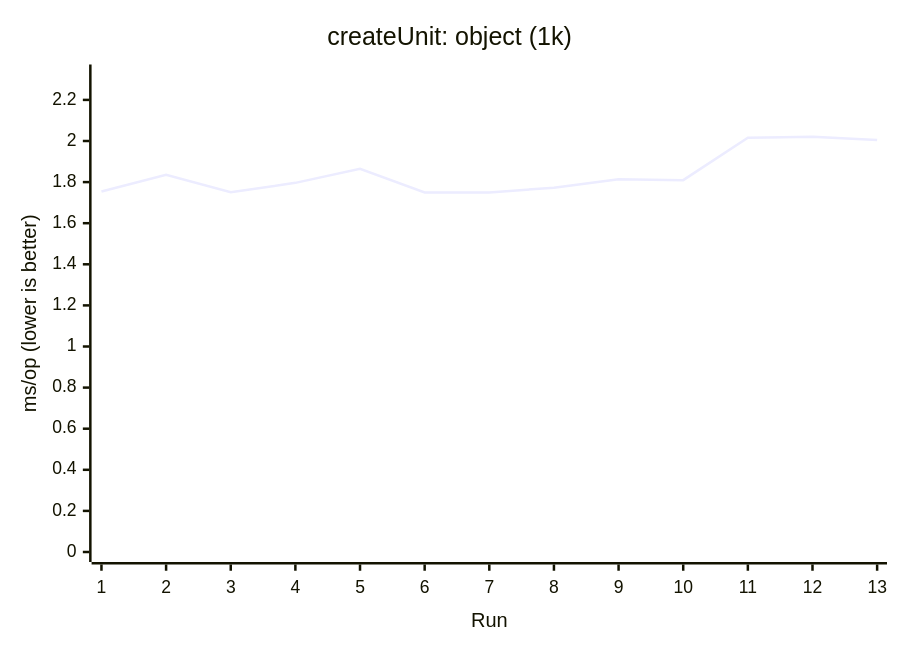
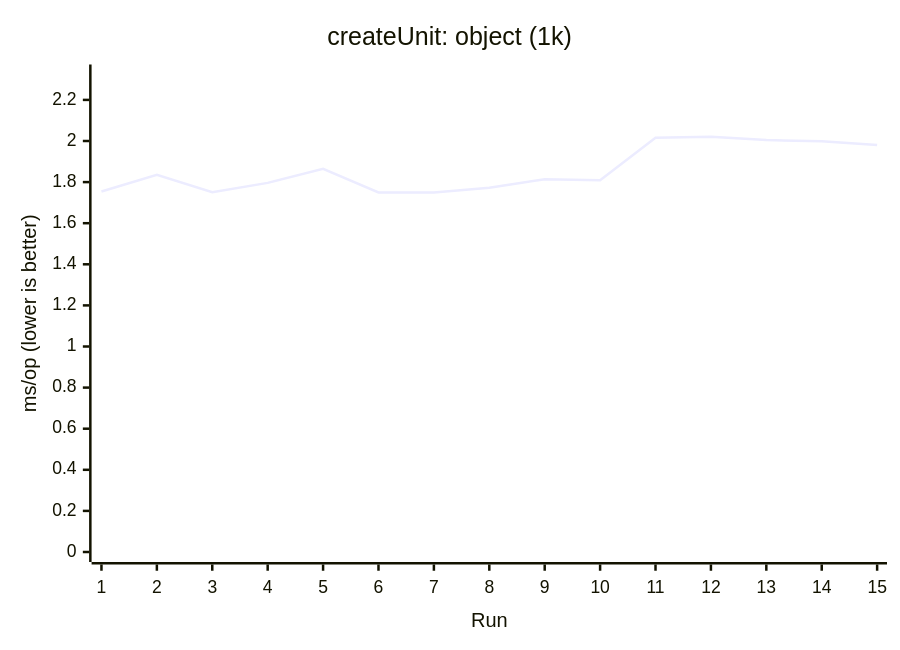
One commit to AIluffy/io changed diagram 12 of 17 in apps/docs/src/content/docs/en/guides/benchmark.mdx. Above: the diagram before and after it, drawn with Mermaid. The commit also changed other lines of this file and 7 other files, not shown here.

````diff
--- a/apps/docs/src/content/docs/en/guides/benchmark.mdx
+++ b/apps/docs/src/content/docs/en/guides/benchmark.mdx
@@ -341,7 +343,7 @@
 ```mermaid
 xychart-beta
   title "createUnit: object (1k)"
-  x-axis "Run" [1, 2, 3, 4, 5, 6, 7, 8, 9, 10, 11, 12, 13]
+  x-axis "Run" [1, 2, 3, 4, 5, 6, 7, 8, 9, 10, 11, 12, 13, 14, 15]
   y-axis "ms/op (lower is better)" 0 --> 2.3236
-  line [1.7544, 1.8351, 1.7504, 1.7963, 1.8644, 1.7495, 1.7498, 1.7729, 1.8142, 1.8094, 2.0156, 2.0205, 2.0043]
+  line [1.7544, 1.8351, 1.7504, 1.7963, 1.8644, 1.7495, 1.7498, 1.7729, 1.8142, 1.8094, 2.0156, 2.0205, 2.0043, 1.9985, 1.9802]
 ```
````
